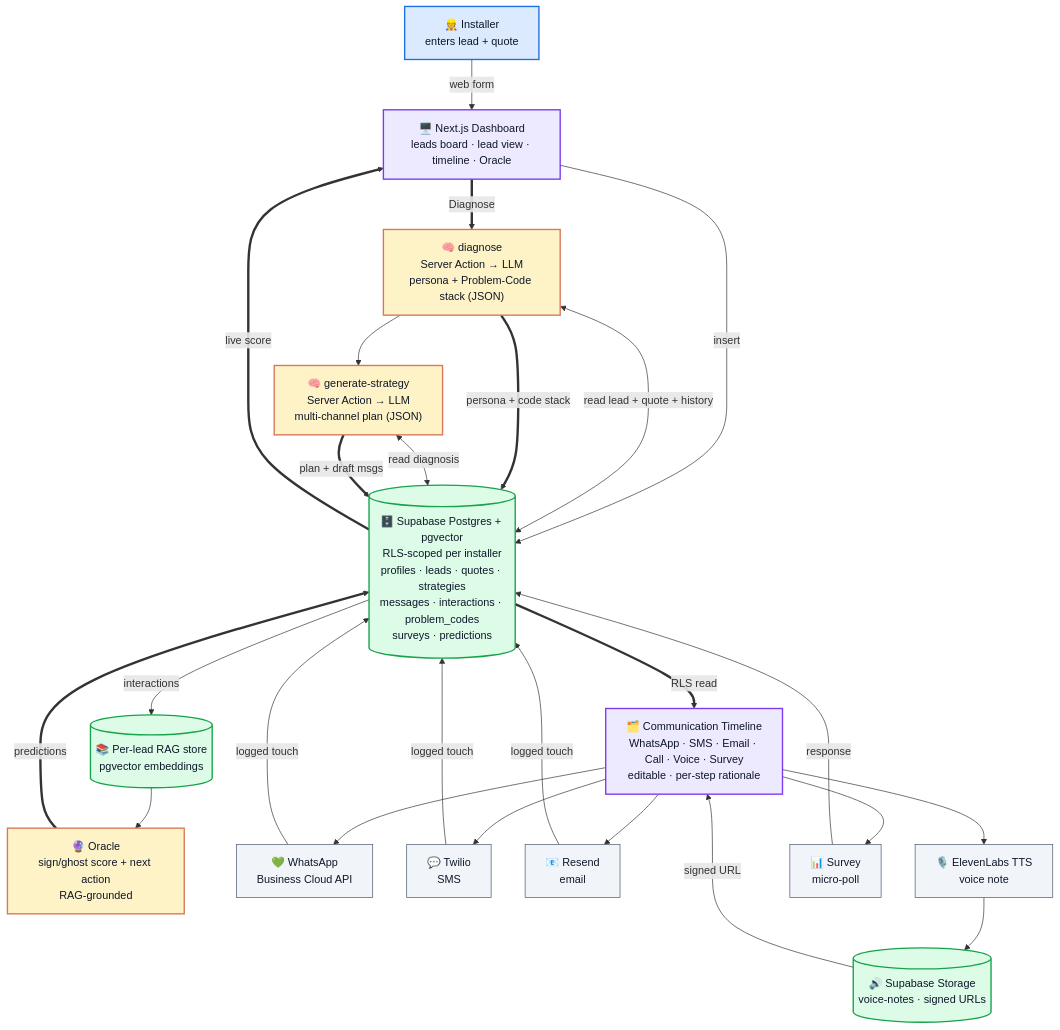
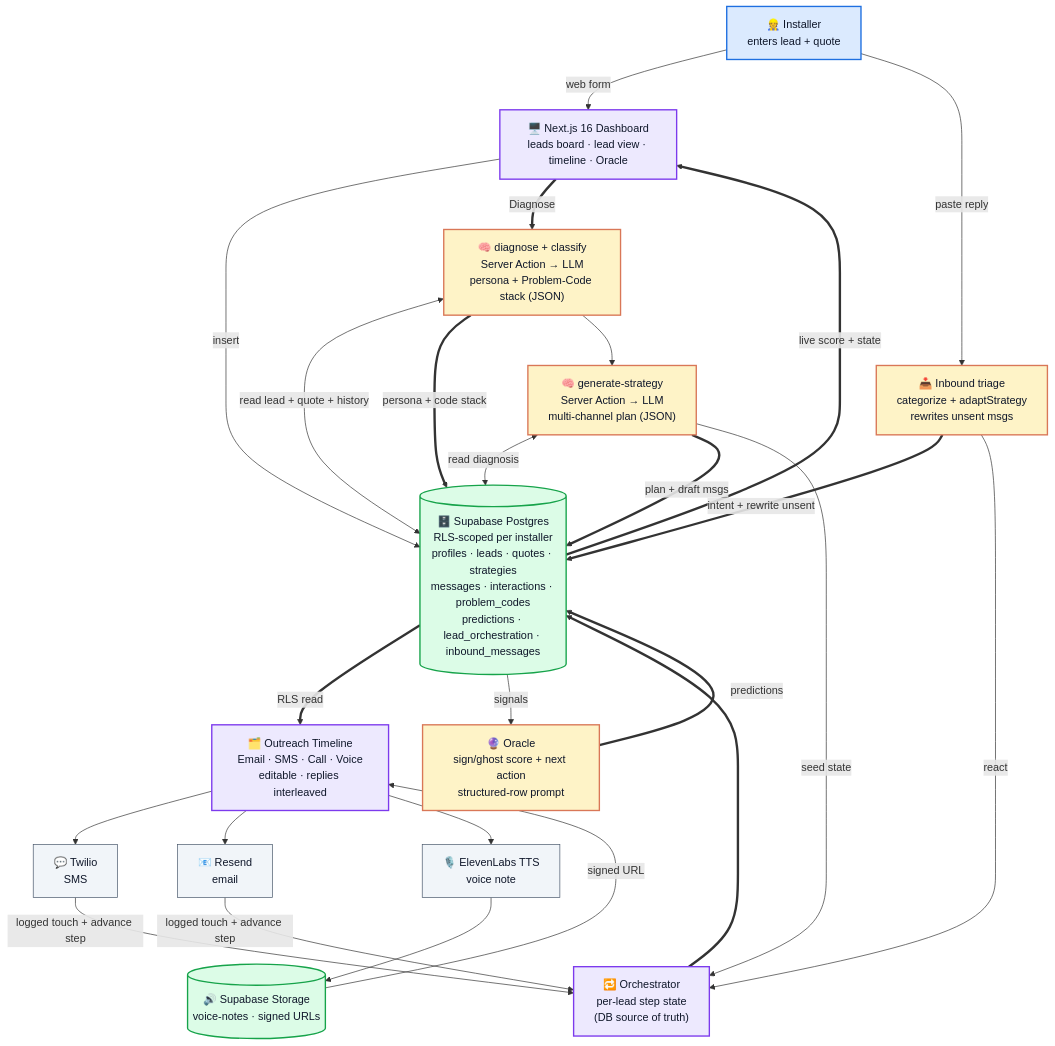
One commit to ibxibx/reonic-hackathon changed the diagram in README.md. Above: the diagram before and after it, drawn with Mermaid. The commit also changed other lines of this file, not shown here.

Commit message:
docs: align README with Action Plan + shipped reality (RayCiprocity name, Next16/OpenAI, Orchestrator, inbound triage+pivot, archetype classifier, correct 4 channels/10 tables, roadmap labels); add Outcomes & ROI section with money/time/% model

````diff
--- a/README.md
+++ b/README.md
@@ -177,48 +228,47 @@
 ```mermaid
 flowchart TD
     classDef installer fill:#dbeafe,stroke:#1e6fe0,stroke-width:2px,color:#0f172a
     classDef app fill:#ede9fe,stroke:#7c3aed,stroke-width:2px,color:#0f172a
     classDef brain fill:#fef3c7,stroke:#d97757,stroke-width:2px,color:#0f172a
     classDef data fill:#dcfce7,stroke:#16a34a,stroke-width:2px,color:#0f172a
     classDef channel fill:#f1f5f9,stroke:#475569,color:#0f172a
 
     I["👷 Installer<br/>enters lead + quote"]:::installer
-    UI["🖥️ Next.js Dashboard<br/>leads board · lead view · timeline · Oracle"]:::app
-    SB[("🗄️ Supabase Postgres + pgvector<br/>RLS-scoped per installer<br/>profiles · leads · quotes · strategies<br/>messages · interactions · problem_codes<br/>surveys · predictions")]:::data
-    DIAG["🧠 diagnose<br/>Server Action → LLM<br/>persona + Problem-Code stack (JSON)"]:::brain
+    UI["🖥️ Next.js 16 Dashboard<br/>leads board · lead view · timeline · Oracle"]:::app
+    SB[("🗄️ Supabase Postgres<br/>RLS-scoped per installer<br/>profiles · leads · quotes · strategies<br/>messages · interactions · problem_codes<br/>predictions · lead_orchestration · inbound_messages")]:::data
+    DIAG["🧠 diagnose + classify<br/>Server Action → LLM<br/>persona + Problem-Code stack (JSON)"]:::brain
     GEN["🧠 generate-strategy<br/>Server Action → LLM<br/>multi-channel plan (JSON)"]:::brain
-    ORC["🔮 Oracle<br/>sign/ghost score + next action<br/>RAG-grounded"]:::brain
-    RAG[("📚 Per-lead RAG store<br/>pgvector embeddings")]:::data
-    TL["🗂️ Communication Timeline<br/>WhatsApp · SMS · Email · Call · Voice · Survey<br/>editable · per-step rationale"]:::app
-    WA["💚 WhatsApp<br/>Business Cloud API"]:::channel
+    ORC["🔮 Oracle<br/>sign/ghost score + next action<br/>structured-row prompt"]:::brain
+    ORCH["🔁 Orchestrator<br/>per-lead step state<br/>(DB source of truth)"]:::app
+    INB["📥 Inbound triage<br/>categorize + adaptStrategy<br/>rewrites unsent msgs"]:::brain
+    TL["🗂️ Outreach Timeline<br/>Email · SMS · Call · Voice<br/>editable · replies interleaved"]:::app
     SMS["💬 Twilio<br/>SMS"]:::channel
     EM["📧 Resend<br/>email"]:::channel
     EL["🎙️ ElevenLabs TTS<br/>voice note"]:::channel
-    SV["📊 Survey<br/>micro-poll"]:::channel
     ST[("🔊 Supabase Storage<br/>voice-notes · signed URLs")]:::data
 
     I -->|"web form"| UI
     UI -->|"insert"| SB
     UI ==>|"Diagnose"| DIAG
     DIAG <-->|"read lead + quote + history"| SB
     DIAG ==>|"persona + code stack"| SB
     DIAG --> GEN
     GEN <-->|"read diagnosis"| SB
     GEN ==>|"plan + draft msgs"| SB
+    GEN -->|"seed state"| ORCH
     SB ==>|"RLS read"| TL
-    TL --> WA
     TL --> SMS
     TL --> EM
     TL --> EL
-    TL --> SV
     EL --> ST
     ST -->|"signed URL"| TL
-    WA -->|"logged touch"| SB
-    SMS -->|"logged touch"| SB
-    EM -->|"logged touch"| SB
-    SV -->|"response"| SB
-    SB -->|"interactions"| RAG
-    RAG --> ORC
+    SMS -->|"logged touch + advance step"| ORCH
+    EM -->|"logged touch + advance step"| ORCH
+    ORCH ==> SB
+    I -->|"paste reply"| INB
+    INB ==>|"intent + rewrite unsent"| SB
+    INB -->|"react"| ORCH
+    SB -->|"signals"| ORC
     ORC ==>|"predictions"| SB
-    SB ==>|"live score"| UI
+    SB ==>|"live score + state"| UI
 ```
````
